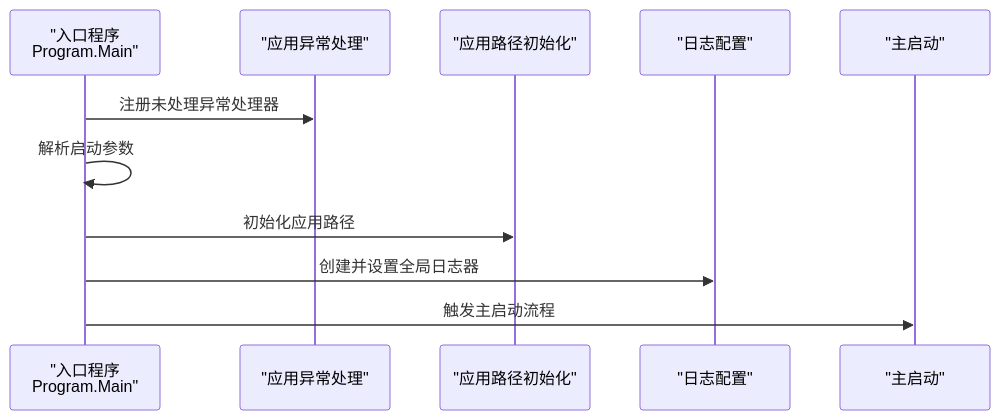
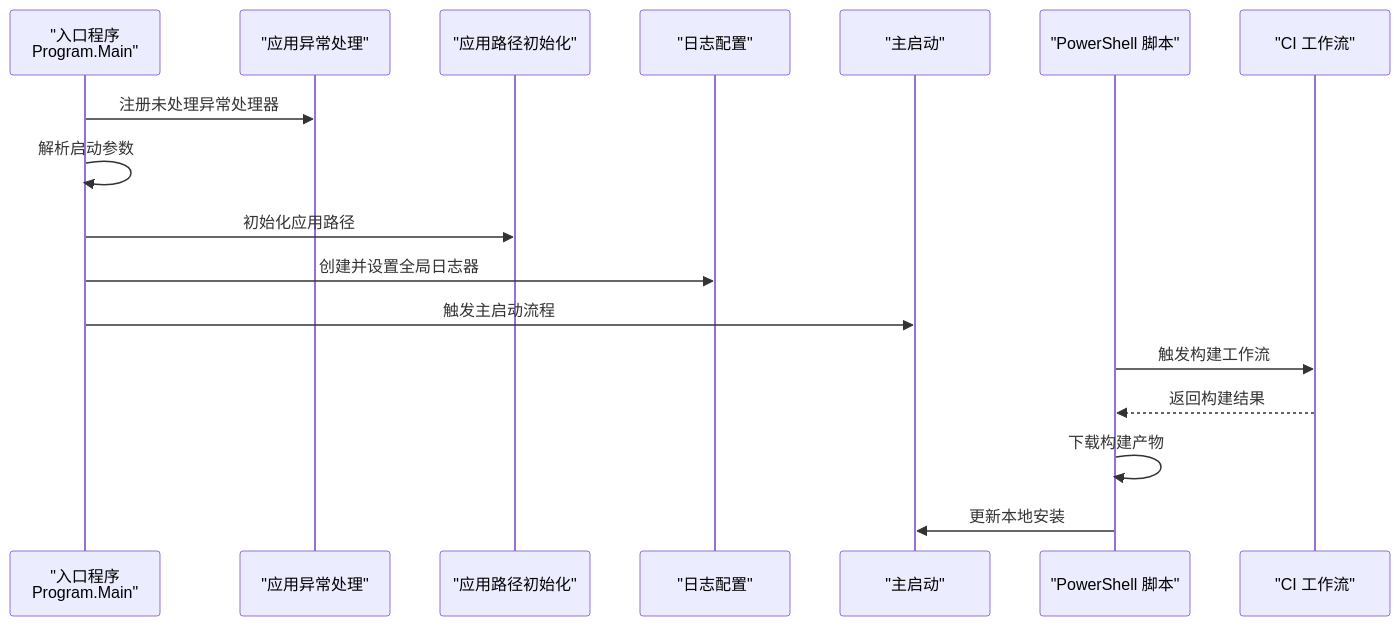
Before and after one commit to tea4go/Macro-Deck: the second of 4 diagrams in .qoder/repowiki/zh/content/开发者指南/开发者指南.md, drawn with Mermaid. The commit also changed other lines of this file and 17 other files, not shown here.

````diff
--- a/.qoder/repowiki/zh/content/开发者指南/开发者指南.md
+++ b/.qoder/repowiki/zh/content/开发者指南/开发者指南.md
@@ -68,13 +90,19 @@
 ```mermaid
 sequenceDiagram
 participant Entry as "入口程序<br/>Program.Main"
 participant App as "应用异常处理"
 participant Paths as "应用路径初始化"
 participant Logger as "日志配置"
 participant Host as "主启动"
+participant PS as "PowerShell 脚本"
+participant CI as "CI 工作流"
 Entry->>App : 注册未处理异常处理器
 Entry->>Entry : 解析启动参数
 Entry->>Paths : 初始化应用路径
 Entry->>Logger : 创建并设置全局日志器
 Entry->>Host : 触发主启动流程
+PS->>CI : 触发构建工作流
+CI-->>PS : 返回构建结果
+PS->>PS : 下载构建产物
+PS->>Host : 更新本地安装
 ```
````
